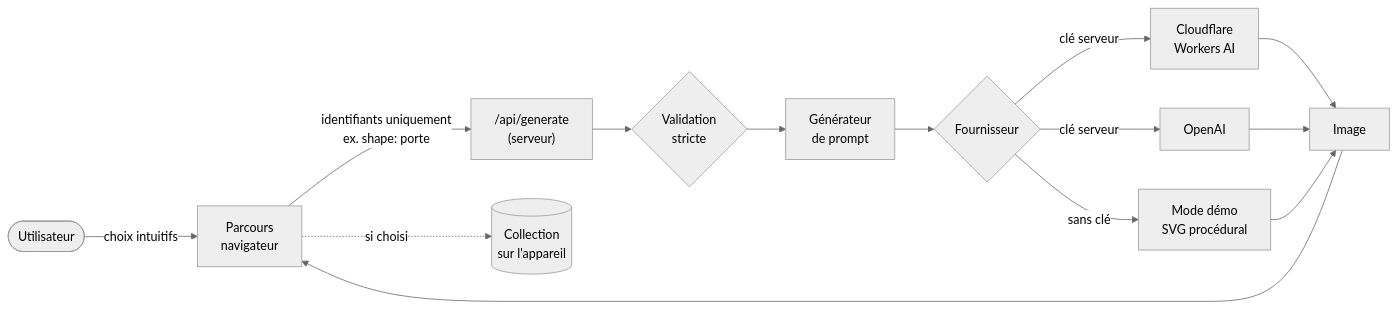
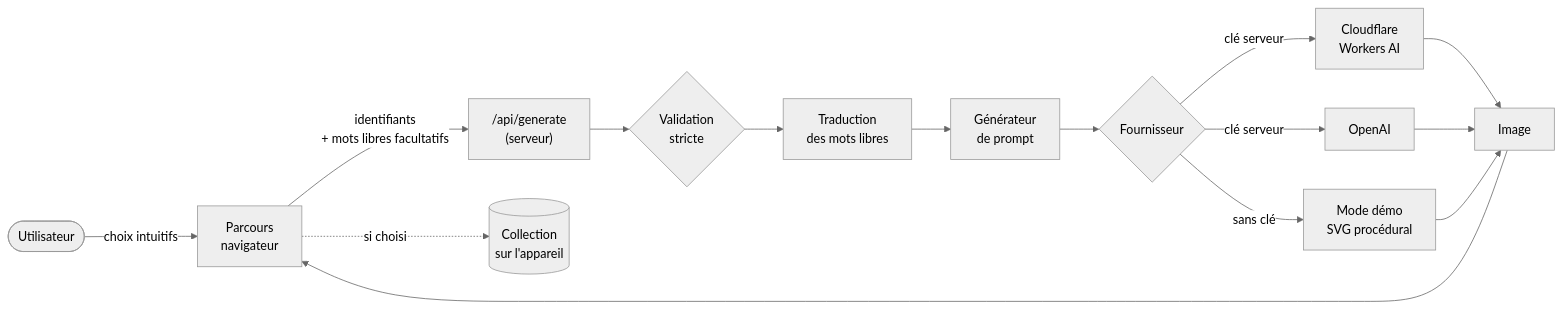
Before and after one commit to HichemHa/ImageMe: the diagram in README.md, drawn with Mermaid (neutral theme). The commit also changed other lines of this file and 17 other files, not shown here.

````diff
--- a/README.md
+++ b/README.md
@@ -200,14 +201,15 @@
 ```mermaid
 flowchart LR
     U([Utilisateur]) -->|choix intuitifs| P[Parcours<br/>navigateur]
-    P -->|identifiants uniquement<br/>ex. shape: porte| API["/api/generate<br/>(serveur)"]
+    P -->|identifiants<br/>+ mots libres facultatifs| API["/api/generate<br/>(serveur)"]
     API --> V{Validation<br/>stricte}
-    V --> PR[Générateur<br/>de prompt]
+    V --> T[Traduction<br/>des mots libres]
+    T --> PR[Générateur<br/>de prompt]
     PR --> F{Fournisseur}
     F -->|clé serveur| CF[Cloudflare<br/>Workers AI]
     F -->|clé serveur| OA[OpenAI]
     F -->|sans clé| D[Mode démo<br/>SVG procédural]
     CF & OA & D --> R[Image]
     R --> P
     P -.->|si choisi| C[(Collection<br/>sur l'appareil)]
 ```
````
